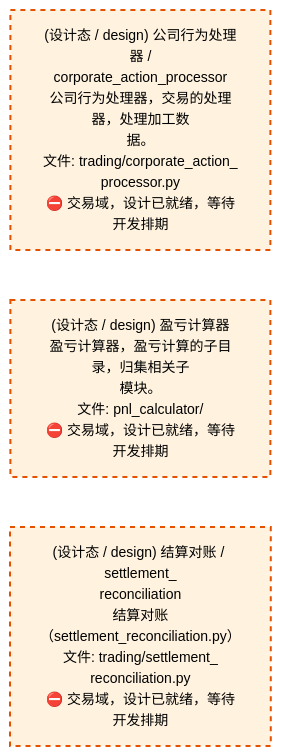
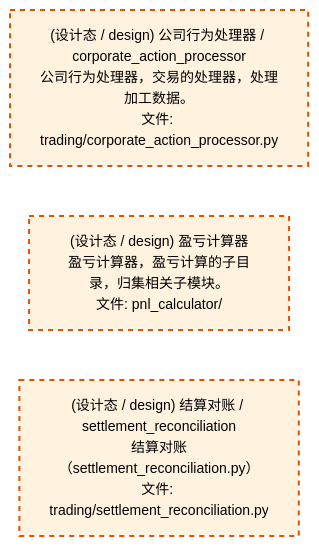
One commit to xuanFelixVan/ZephyrAlpha changed the third of 4 diagrams in docs/02_enterprise_architecture/02_domain_architecture_docs/72_d_trading.md. Above: the diagram before and after it, drawn with Mermaid. The commit also changed other lines of this file and 71 other files, not shown here.

````diff
--- a/docs/02_enterprise_architecture/02_domain_architecture_docs/72_d_trading.md
+++ b/docs/02_enterprise_architecture/02_domain_architecture_docs/72_d_trading.md
@@ -298,14 +298,14 @@
 ```mermaid
 %%{init: {'theme': 'base', 'themeVariables': {'primaryColor': '#eaeaea', 'primaryTextColor': '#333333', 'primaryBorderColor': '#666666', 'lineColor': '#666666', 'secondaryColor': '#eaeaea', 'tertiaryColor': '#eaeaea', 'fontSize': '14px'}}}%%
 flowchart TD
-    src_zephyr_trading_corporate_action_processor_py["(设计态 / design) 公司行为处理器 /<br/>corporate_action_processor<br/>公司行为处理器，交易的处理器，处理加工数<br/>据。<br/>文件: trading/corporate_action_<br/>processor.py<br/>⛔ 交易域，设计已就绪，等待开发排期"]
-    src_zephyr_trading_pnl_calculator["(设计态 / design) 盈亏计算器<br/>盈亏计算器，盈亏计算的子目录，归集相关子<br/>模块。<br/>文件: pnl_calculator/<br/>⛔ 交易域，设计已就绪，等待开发排期"]
-    src_zephyr_trading_settlement_reconciliation_py["(设计态 / design) 结算对账 / settlement_<br/>reconciliation<br/>结算对账（settlement_reconciliation.py）<br/>文件: trading/settlement_<br/>reconciliation.py<br/>⛔ 交易域，设计已就绪，等待开发排期"]
+    src_zephyr_trading_corporate_action_processor_py["(设计态 / design) 公司行为处理器 / corporate_action_processor<br/>公司行为处理器，交易的处理器，处理加工数据。<br/>文件: trading/corporate_action_processor.py"]
+    src_zephyr_trading_pnl_calculator["(设计态 / design) 盈亏计算器<br/>盈亏计算器，盈亏计算的子目录，归集相关子模块。<br/>文件: pnl_calculator/"]
+    src_zephyr_trading_settlement_reconciliation_py["(设计态 / design) 结算对账 / settlement_reconciliation<br/>结算对账（settlement_reconciliation.py）<br/>文件: trading/settlement_reconciliation.py"]
     src_zephyr_trading_corporate_action_processor_py ~~~ src_zephyr_trading_pnl_calculator
     src_zephyr_trading_pnl_calculator ~~~ src_zephyr_trading_settlement_reconciliation_py
     classDef production fill:#e1f5fe,stroke:#01579b,stroke-width:2px,color:#000
     classDef design fill:#fff3e0,stroke:#e65100,stroke-width:2px,color:#000,stroke-dasharray: 5 5
     classDef external_prod fill:#e8f4fd,stroke:#0277bd,stroke-width:1px,color:#000
     classDef external_design fill:#fff8e7,stroke:#ef6c00,stroke-width:1px,color:#000,stroke-dasharray: 5 5
     class src_zephyr_trading_corporate_action_processor_py,src_zephyr_trading_pnl_calculator,src_zephyr_trading_settlement_reconciliation_py design
 ```
````
